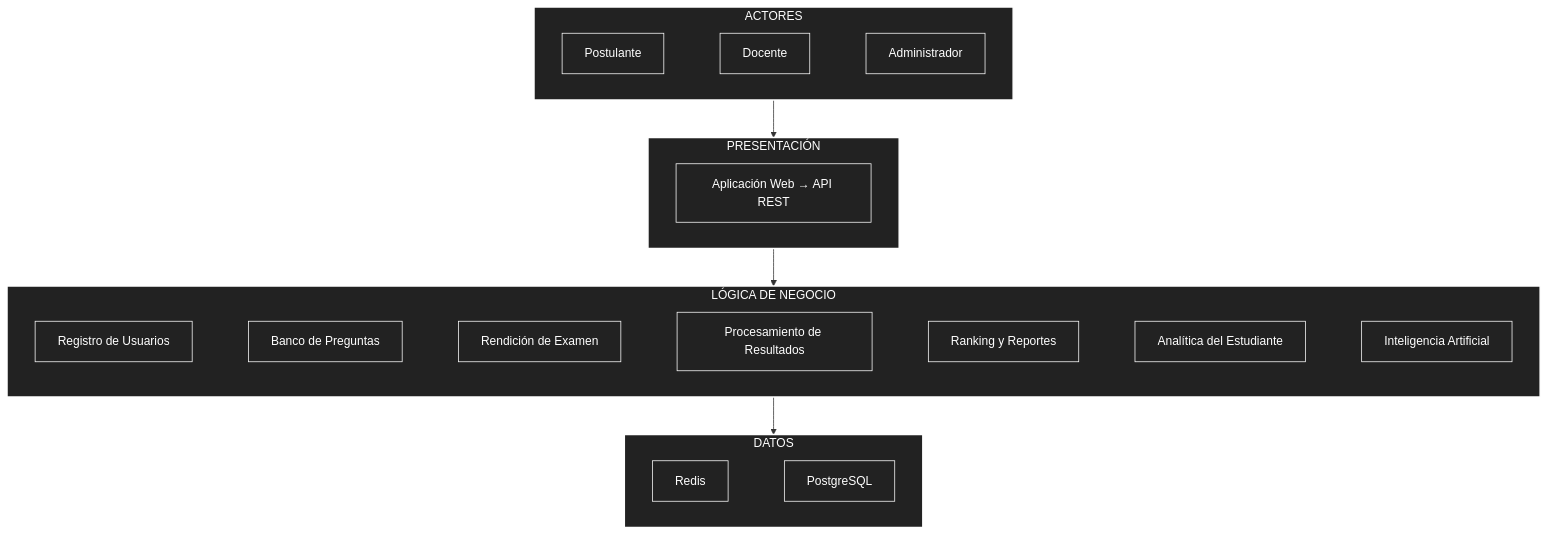
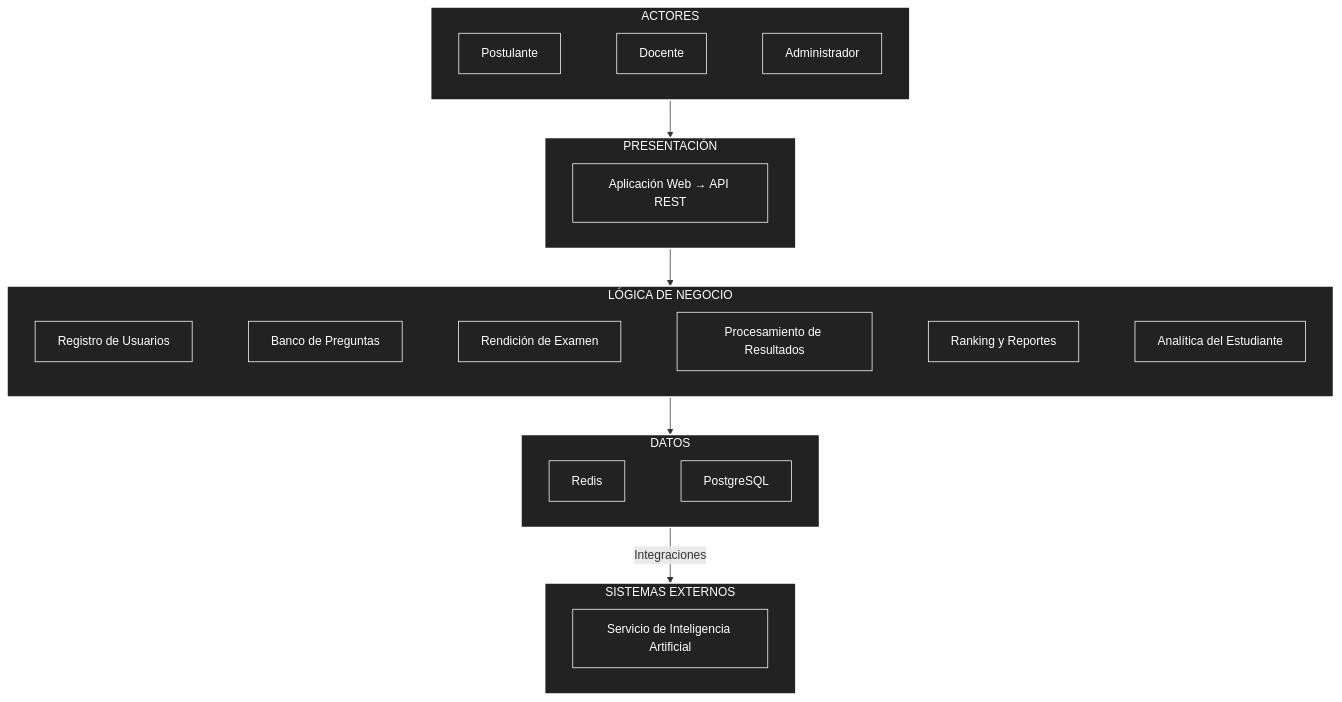
One commit to noelvaldez27-debug/Academia-arquitSoft-02-noelvaldez changed the diagram in docs/02-arquitectura-software/arquitectura-inicial.md. Above: the diagram before and after it, drawn with Mermaid. The commit also changed other lines of this file, not shown here.

Commit message:
docs: actualizar arquitectura inicial

````diff
--- a/docs/02-arquitectura-software/arquitectura-inicial.md
+++ b/docs/02-arquitectura-software/arquitectura-inicial.md
@@ -5,25 +5,16 @@
-~~~mermaid
+```mermaid
 flowchart TD
 
-    %% =========================
-    %% ACTORES
-    %% =========================
     subgraph ACTORES["ACTORES"]
         Postulante["Postulante"]
         Docente["Docente"]
         Admin["Administrador"]
     end
 
-    %% =========================
-    %% PRESENTACIÓN
-    %% =========================
     subgraph PRESENTACION["PRESENTACIÓN"]
         Web["Aplicación Web → API REST"]
     end
 
-    %% =========================
-    %% LÓGICA DE NEGOCIO
-    %% =========================
     subgraph NEGOCIO["LÓGICA DE NEGOCIO"]
         Usuarios["Registro de Usuarios"]
         Banco["Banco de Preguntas"]
@@ -31,27 +22,22 @@
         Resultados["Procesamiento de Resultados"]
         Ranking["Ranking y Reportes"]
         Analitica["Analítica del Estudiante"]
-        IA["Inteligencia Artificial"]
     end
 
-    %% =========================
-    %% DATOS
-    %% =========================
     subgraph DATOS["DATOS"]
         Redis["Redis"]
         PG["PostgreSQL"]
     end
 
-    %% =========================
-    %% FLUJO PRINCIPAL
-    %% =========================
+    subgraph EXTERNOS["SISTEMAS EXTERNOS"]
+        IA["Servicio de Inteligencia Artificial"]
+    end
+
     ACTORES --> PRESENTACION
     PRESENTACION --> NEGOCIO
     NEGOCIO --> DATOS
+    DATOS -->|Integraciones| EXTERNOS
 
-    %% =========================
-    %% DISTRIBUCIÓN HORIZONTAL
-    %% =========================
     Postulante ~~~ Docente
     Docente ~~~ Admin
 
@@ -60,32 +46,26 @@
     Rendicion ~~~ Resultados
     Resultados ~~~ Ranking
     Ranking ~~~ Analitica
-    Analitica ~~~ IA
 
     Redis ~~~ PG
 
-    %% =========================
-    %% ESTILOS
-    %% =========================
     style ACTORES fill:#222,stroke:#fff,stroke-width:2px,color:#fff
     style PRESENTACION fill:#222,stroke:#fff,stroke-width:2px,color:#fff
     style NEGOCIO fill:#222,stroke:#fff,stroke-width:2px,color:#fff
     style DATOS fill:#222,stroke:#fff,stroke-width:2px,color:#fff
+    style EXTERNOS fill:#222,stroke:#fff,stroke-width:2px,color:#fff
 
     style Postulante fill:#222,stroke:#fff,color:#fff
     style Docente fill:#222,stroke:#fff,color:#fff
     style Admin fill:#222,stroke:#fff,color:#fff
-
     style Web fill:#222,stroke:#fff,color:#fff
-
     style Usuarios fill:#222,stroke:#fff,color:#fff
     style Banco fill:#222,stroke:#fff,color:#fff
     style Rendicion fill:#222,stroke:#fff,color:#fff
     style Resultados fill:#222,stroke:#fff,color:#fff
     style Ranking fill:#222,stroke:#fff,color:#fff
     style Analitica fill:#222,stroke:#fff,color:#fff
-    style IA fill:#222,stroke:#fff,color:#fff
-
     style Redis fill:#222,stroke:#fff,color:#fff
     style PG fill:#222,stroke:#fff,color:#fff
-~~~
+    style IA fill:#222,stroke:#fff,color:#fff
+```
````
